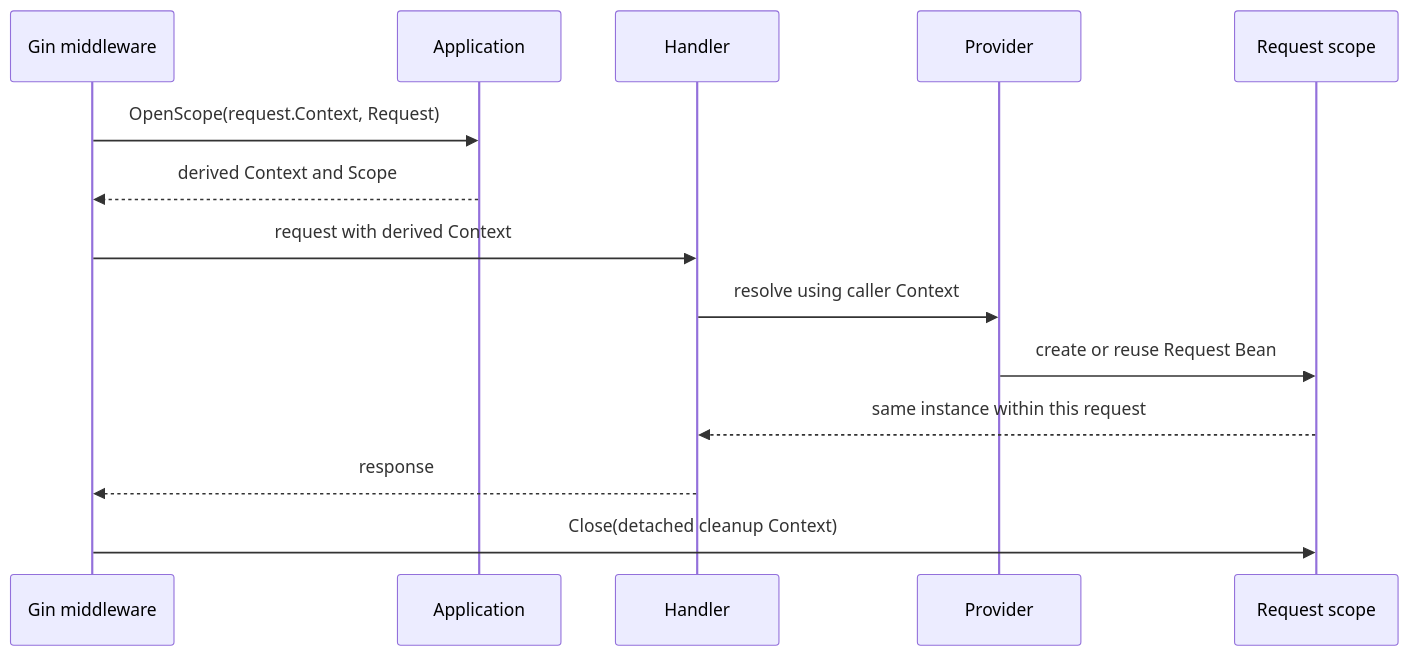
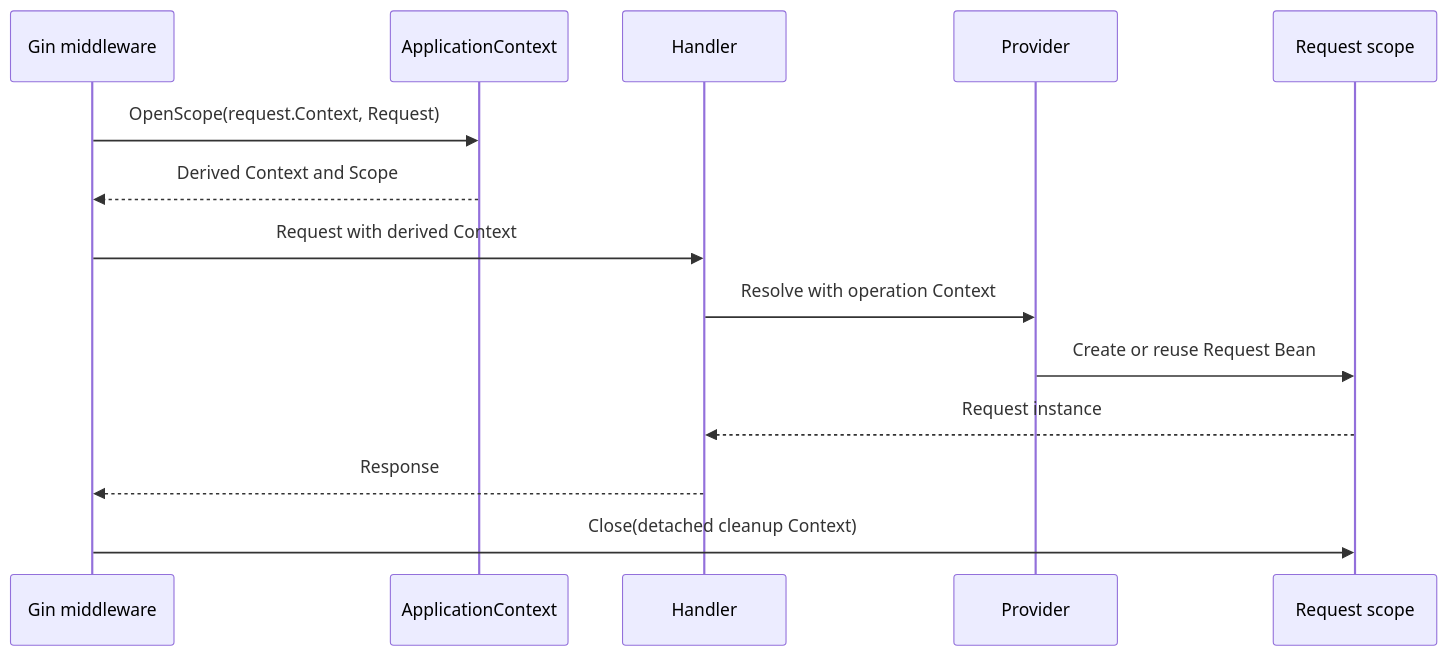
The diagram in examples/gin/README.md (longxi-go/ioc), drawn with Mermaid before and after one commit. The commit also changed other lines of this file and 106 other files, not shown here.

````diff
--- a/examples/gin/README.md
+++ b/examples/gin/README.md
@@ -9,16 +12,16 @@
 ```mermaid
 sequenceDiagram
-    participant HTTP as Gin middleware
-    participant App as Application
+    participant Gin as Gin middleware
+    participant App as ApplicationContext
     participant Handler
     participant Provider
     participant Scope as Request scope
-    HTTP->>App: OpenScope(request.Context, Request)
-    App-->>HTTP: derived Context and Scope
-    HTTP->>Handler: request with derived Context
-    Handler->>Provider: resolve using caller Context
-    Provider->>Scope: create or reuse Request Bean
-    Scope-->>Handler: same instance within this request
-    Handler-->>HTTP: response
-    HTTP->>Scope: Close(detached cleanup Context)
+    Gin->>App: OpenScope(request.Context, Request)
+    App-->>Gin: Derived Context and Scope
+    Gin->>Handler: Request with derived Context
+    Handler->>Provider: Resolve with operation Context
+    Provider->>Scope: Create or reuse Request Bean
+    Scope-->>Handler: Request instance
+    Handler-->>Gin: Response
+    Gin->>Scope: Close(detached cleanup Context)
 ```
````
